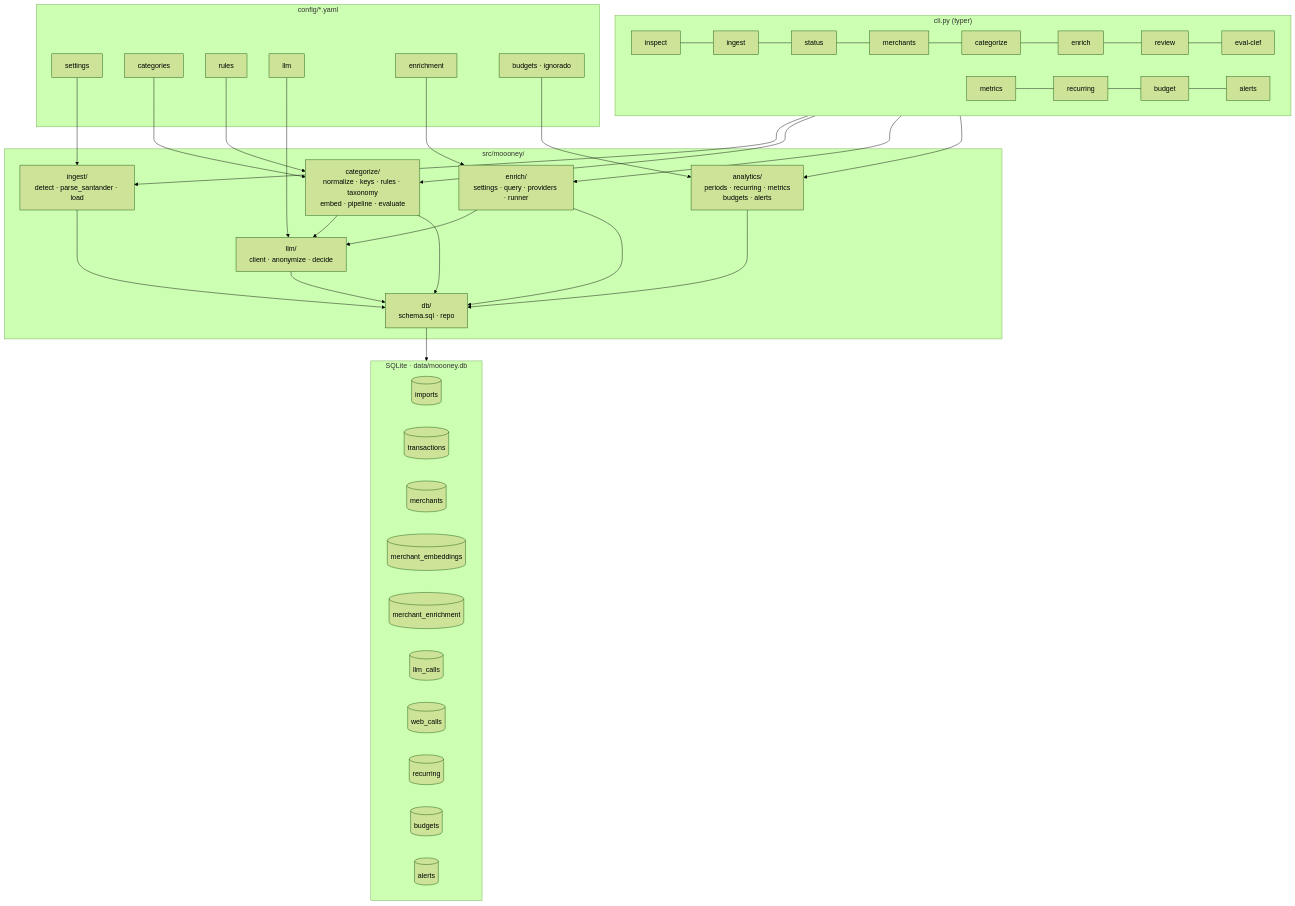
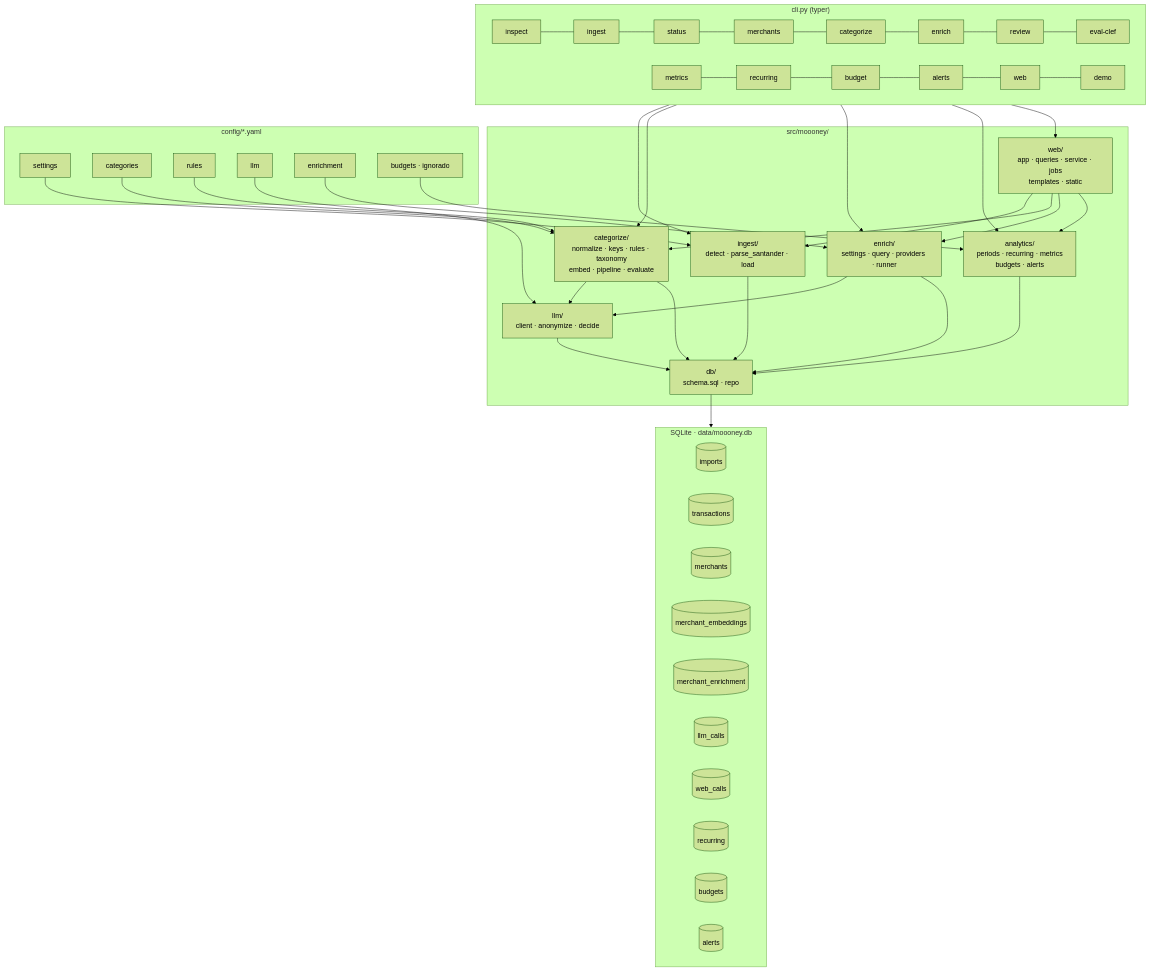
The fourth of 4 diagrams in docs/ARQUITECTURA.md (scavero/moooney), drawn with Mermaid (forest theme) before and after one commit. The commit also changed other lines of this file and 32 other files, not shown here.

First line of the commit message:
feat: fase 4, interfaz web local (FastAPI + Jinja + HTMX) y demo sintetica

````diff
--- a/docs/ARQUITECTURA.md
+++ b/docs/ARQUITECTURA.md
@@ -156,50 +156,52 @@
 ```mermaid
 flowchart TB
     subgraph cli["cli.py (typer)"]
         C1[inspect] --- C2[ingest] --- C3[status] --- C4[merchants] --- C5[categorize] --- C6[enrich] --- C7[review] --- C8[eval-clef]
-        C9[metrics] --- C10[recurring] --- C11[budget] --- C12[alerts]
+        C9[metrics] --- C10[recurring] --- C11[budget] --- C12[alerts] --- C13[web] --- C14[demo]
     end
 
     subgraph src["src/moooney/"]
         ING["ingest/<br/>detect · parse_santander · load"]
         CAT["categorize/<br/>normalize · keys · rules · taxonomy<br/>embed · pipeline · evaluate"]
         ENRM["enrich/<br/>settings · query · providers · runner"]
         ANA["analytics/<br/>periods · recurring · metrics<br/>budgets · alerts"]
+        WEB["web/<br/>app · queries · service · jobs<br/>templates · static"]
         LLM["llm/<br/>client · anonymize · decide"]
         DBM["db/<br/>schema.sql · repo"]
     end
 
     subgraph tablas["SQLite · data/moooney.db"]
         T1[(imports)]
         T2[(transactions)]
         T3[(merchants)]
         T4[(merchant_embeddings)]
         T5[(merchant_enrichment)]
         T6[(llm_calls)]
         T7[(web_calls)]
         T8[(recurring)]
         T9[(budgets)]
         T10[(alerts)]
     end
 
     subgraph cfg["config/*.yaml"]
         Y1[settings]
         Y2[categories]
         Y3[rules]
         Y4[llm]
         Y5[enrichment]
         Y6[budgets · ignorado]
     end
 
-    cli --> ING & CAT & ENRM & ANA
+    cli --> ING & CAT & ENRM & ANA & WEB
+    WEB --> ING & CAT & ENRM & ANA
     CAT --> LLM
     ENRM --> LLM
     ING & CAT & ENRM & ANA & LLM --> DBM --> tablas
     Y1 --> ING
     Y2 & Y3 --> CAT
     Y4 --> LLM
     Y5 --> ENRM
     Y6 --> ANA
 
     classDef todo fill:#eee,stroke:#999,color:#666,stroke-dasharray: 4 3
 ```
````
